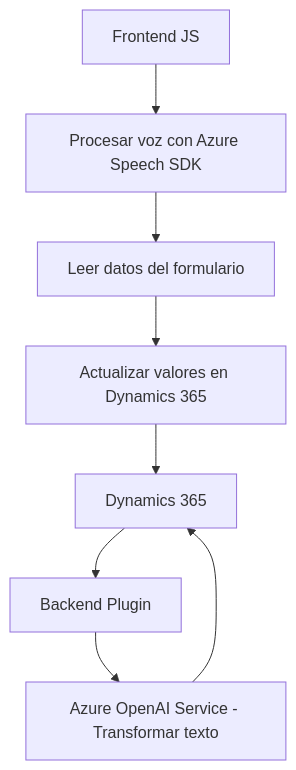
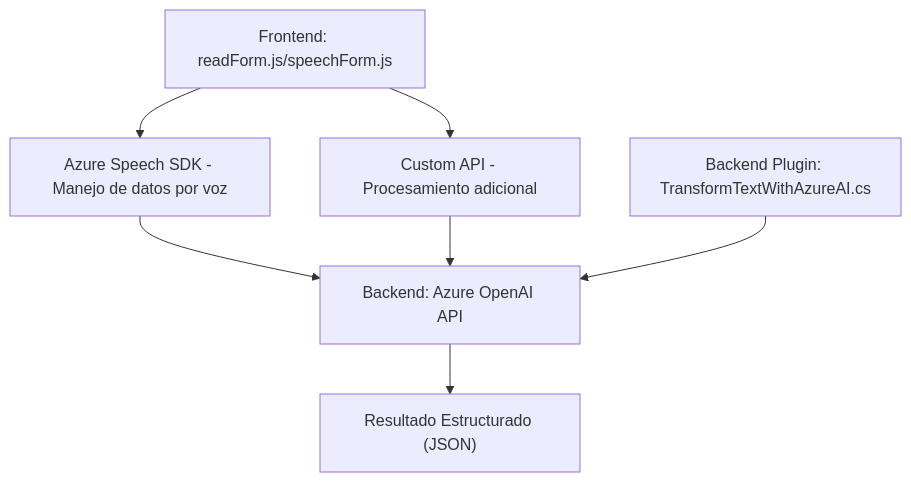
Before and after one commit to blopezdm/NETCORE_BILBAO2025: the diagram in README.md, drawn with Mermaid. The commit also changed other lines of this file, not shown here.

Commit message:
Actualizar análisis global de la solución con IA

````diff
--- a/README.md
+++ b/README.md
@@ -36,18 +57,9 @@
 ```mermaid
 graph TD
-    A["Frontend JS"]
-    B["Procesar voz con Azure Speech SDK"]
-    C["Leer datos del formulario"]
-    D["Actualizar valores en Dynamics 365"]
-    E["Backend Plugin"]
-    F["Azure OpenAI Service - Transformar texto"]
-    G["Dynamics 365"]
-
-    A --> B
-    B --> C
+    A["Frontend: readForm.js/speechForm.js"] --> B["Azure Speech SDK - Manejo de datos por voz"]
+    A --> C["Custom API - Procesamiento adicional"]
+    B --> D["Backend: Azure OpenAI API"]
     C --> D
-    D --> G
-    G --> E
-    E --> F
-    F --> G
+    E["Backend Plugin: TransformTextWithAzureAI.cs"] --> D
+    D --> F["Resultado Estructurado (JSON)"]
 ```
````
